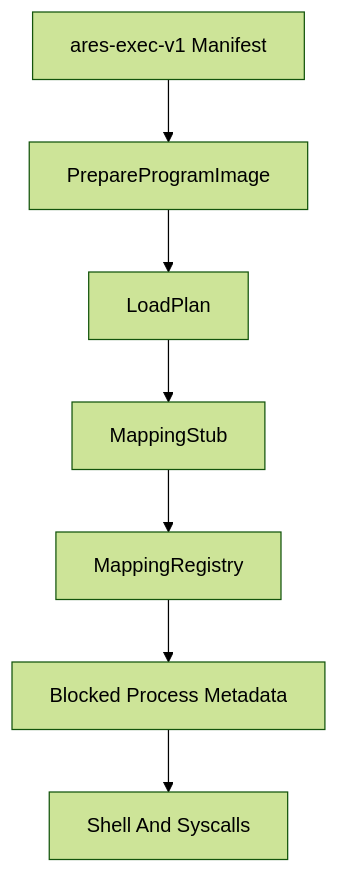
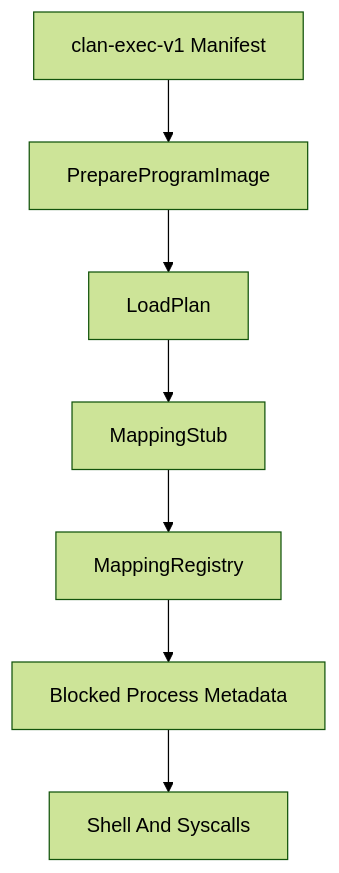
One commit to clancymendonca/ClanOS changed the diagram in docs/MAPPING_STUBS.md. Above: the diagram before and after it, drawn with Mermaid (forest theme). The commit also changed other lines of this file and 1009 other files, not shown here.

First line of the commit message:
feat(clanos): rebrand AresOS to ClanOS and consolidate scope gates

````diff
--- a/docs/MAPPING_STUBS.md
+++ b/docs/MAPPING_STUBS.md
@@ -23,9 +23,9 @@
 ```mermaid
 flowchart TD
-Manifest["ares-exec-v1 Manifest"] --> Prepare[PrepareProgramImage]
+Manifest["clan-exec-v1 Manifest"] --> Prepare[PrepareProgramImage]
 Prepare --> LoadPlan[LoadPlan]
 LoadPlan --> MappingStub[MappingStub]
 MappingStub --> Registry[MappingRegistry]
 Registry --> ProcessMetadata[Blocked Process Metadata]
 ProcessMetadata --> ShellSyscalls[Shell And Syscalls]
 ```
````
